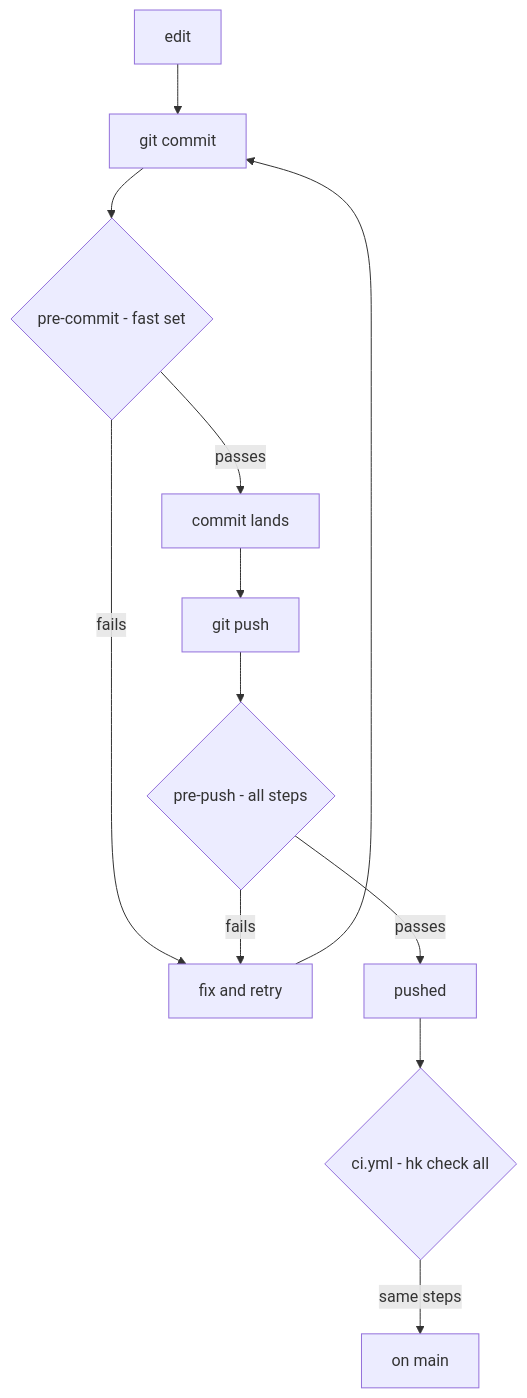
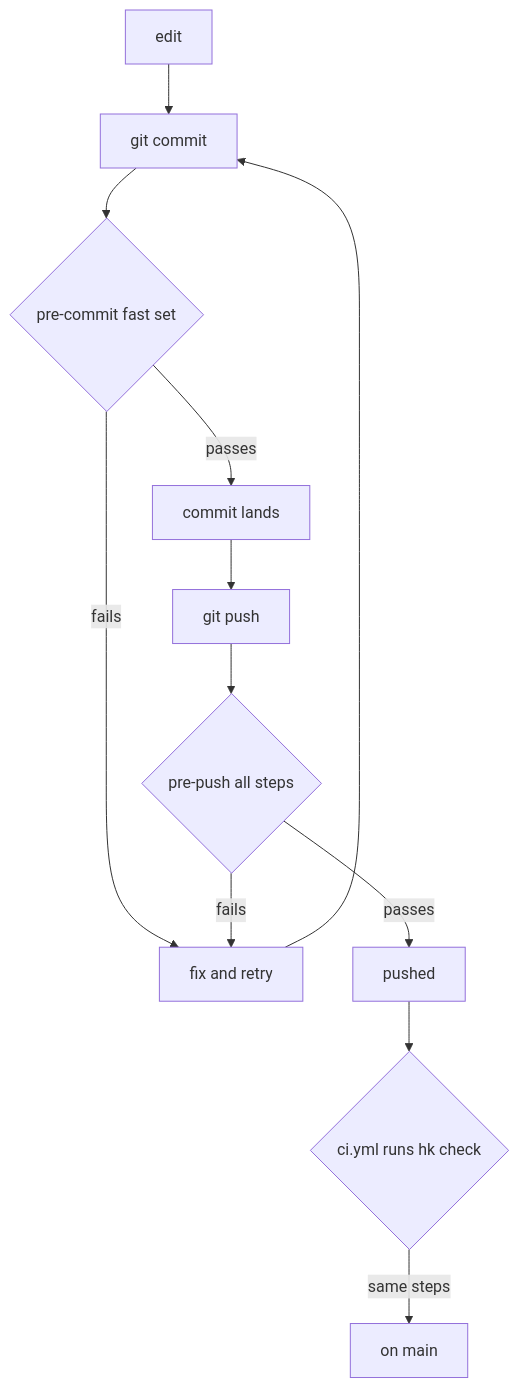
Before and after one commit to pr0d1r2/microlith: the second of 4 diagrams in INTEGRATION.md, drawn with Mermaid. The commit also changed other lines of this file, not shown here.

First line of the commit message:
docs(integration): mermaid stripped to its most primitive form

````diff
--- a/INTEGRATION.md
+++ b/INTEGRATION.md
@@ -40,14 +37,14 @@
 ```mermaid
 graph TD
-    E["edit"] --> C["git commit"]
-    C --> PC{"pre-commit - fast set"}
-    PC -->|fails| F["fix and retry"]
-    F --> C
-    PC -->|passes| CM["commit lands"]
-    CM --> P["git push"]
-    P --> PP{"pre-push - all steps"}
-    PP -->|fails| F
-    PP -->|passes| R["pushed"]
-    R --> GH{"ci.yml - hk check all"}
-    GH -->|same steps| M["on main"]
+  A[edit] --> B[git commit]
+  B --> C{pre-commit fast set}
+  C -->|fails| D[fix and retry]
+  D --> B
+  C -->|passes| E[commit lands]
+  E --> F[git push]
+  F --> G{pre-push all steps}
+  G -->|fails| D
+  G -->|passes| H[pushed]
+  H --> I{ci.yml runs hk check}
+  I -->|same steps| J[on main]
 ```
````
